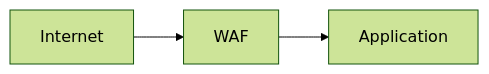
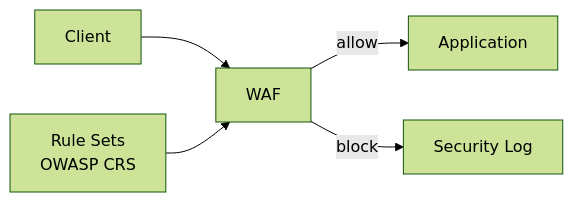
Before and after one commit to hareramcse/SystemDesign: diagram 20 of 22 in 10-security/README.md, drawn with Mermaid (forest theme). The commit also changed other lines of this file and 15 other files, not shown here.

````diff
--- a/10-security/README.md
+++ b/10-security/README.md
@@ -238,5 +1037,7 @@
 ```mermaid
 flowchart LR
-    I[Internet] --> WAF[WAF]
-    WAF --> App[Application]
+    Client[Client] --> WAF[WAF]
+    WAF -->|allow| App[Application]
+    WAF -->|block| Log[Security Log]
+    Rules[Rule Sets<br/>OWASP CRS] --> WAF
 ```
````
